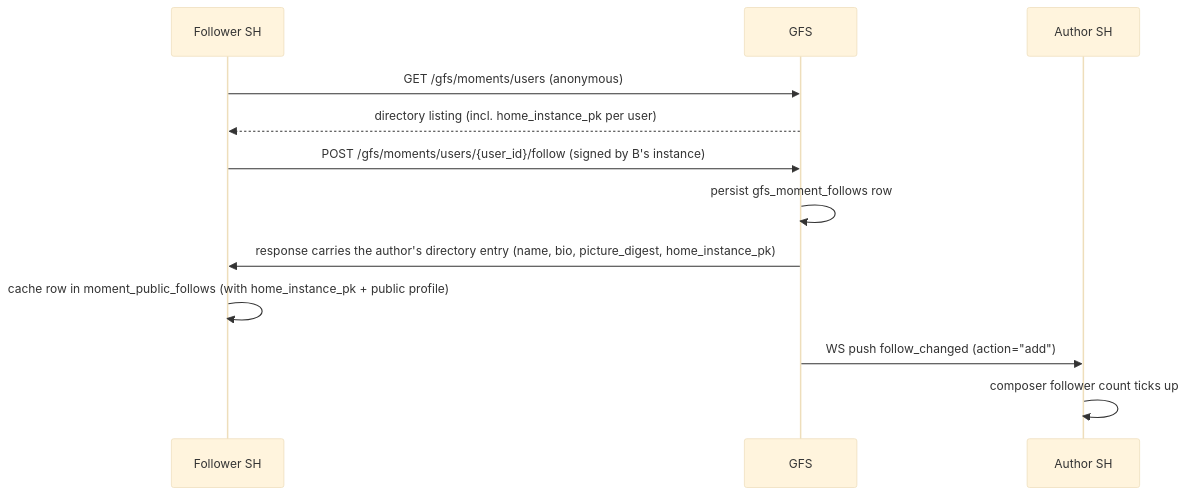
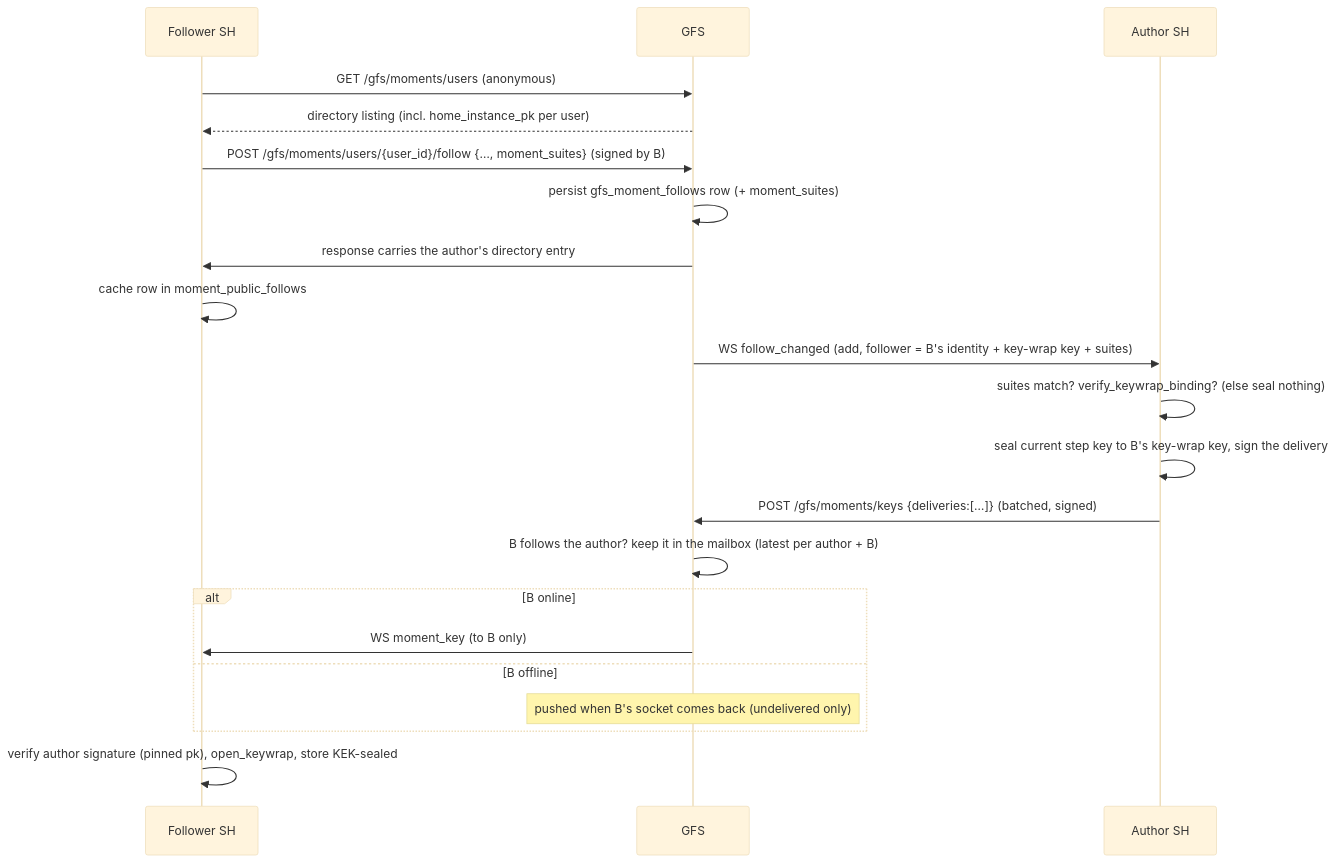
One commit to social-home-io/socialhome changed the first of 4 diagrams in docs/protocol/momentum_public.md. Above: the diagram before and after it, drawn with Mermaid (base theme). The commit also changed other lines of this file and 68 other files, not shown here.

First line of the commit message:
Public moments are encrypted from the GFS (v_62)

````diff
--- a/docs/protocol/momentum_public.md
+++ b/docs/protocol/momentum_public.md
@@ -106,15 +182,24 @@
 ```mermaid
 sequenceDiagram
   participant B as Follower SH
   participant G as GFS
   participant A as Author SH
 
   B->>G: GET /gfs/moments/users (anonymous)
   G-->>B: directory listing (incl. home_instance_pk per user)
-  B->>G: POST /gfs/moments/users/{user_id}/follow (signed by B's instance)
-  G->>G: persist gfs_moment_follows row
-  G->>B: response carries the author's directory entry (name, bio, picture_digest, home_instance_pk)
-  B->>B: cache row in moment_public_follows (with home_instance_pk + public profile)
-  G->>A: WS push follow_changed (action="add")
-  A->>A: composer follower count ticks up
+  B->>G: POST /gfs/moments/users/{user_id}/follow {…, moment_suites} (signed by B)
+  G->>G: persist gfs_moment_follows row (+ moment_suites)
+  G->>B: response carries the author's directory entry
+  B->>B: cache row in moment_public_follows
+  G->>A: WS follow_changed (add, follower = B's identity + key-wrap key + suites)
+  A->>A: suites match? verify_keywrap_binding? (else seal nothing)
+  A->>A: seal current step key to B's key-wrap key, sign the delivery
+  A->>G: POST /gfs/moments/keys {deliveries:[…]} (batched, signed)
+  G->>G: B follows the author? keep it in the mailbox (latest per author + B)
+  alt B online
+    G->>B: WS moment_key (to B only)
+  else B offline
+    Note over G: pushed when B's socket comes back (undelivered only)
+  end
+  B->>B: verify author signature (pinned pk), open_keywrap, store KEK-sealed
 ```
````
